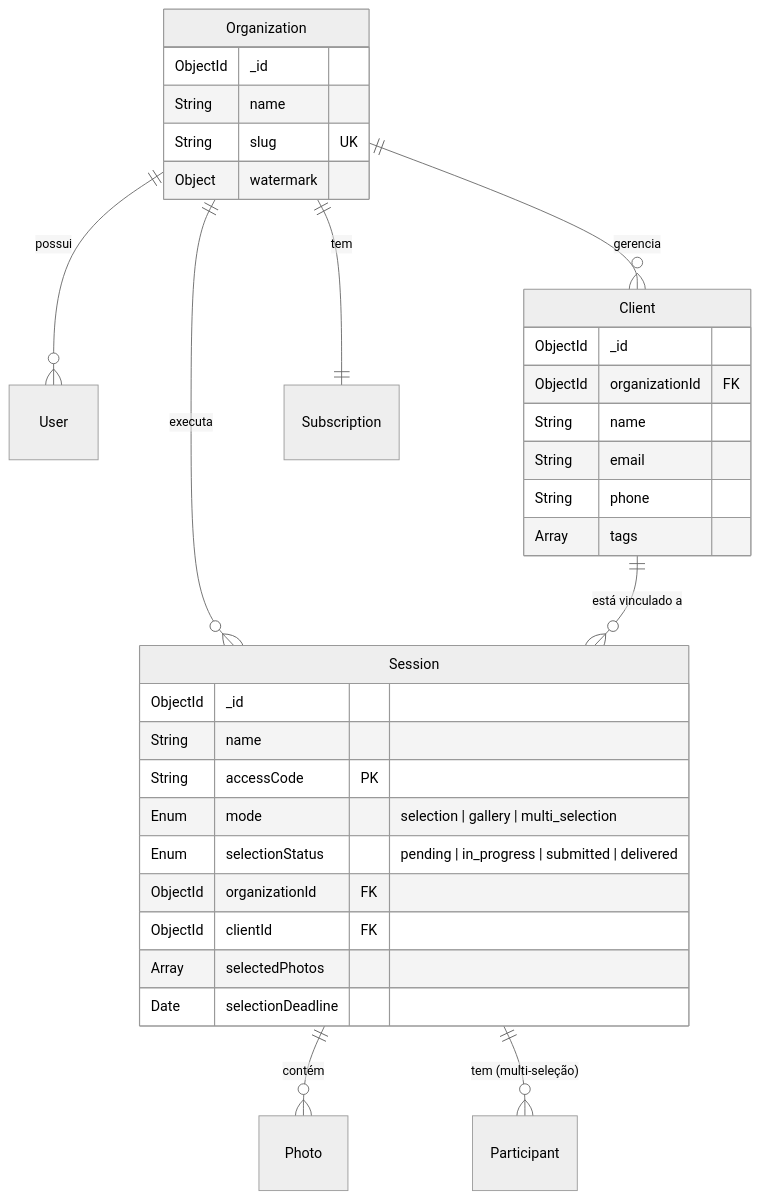
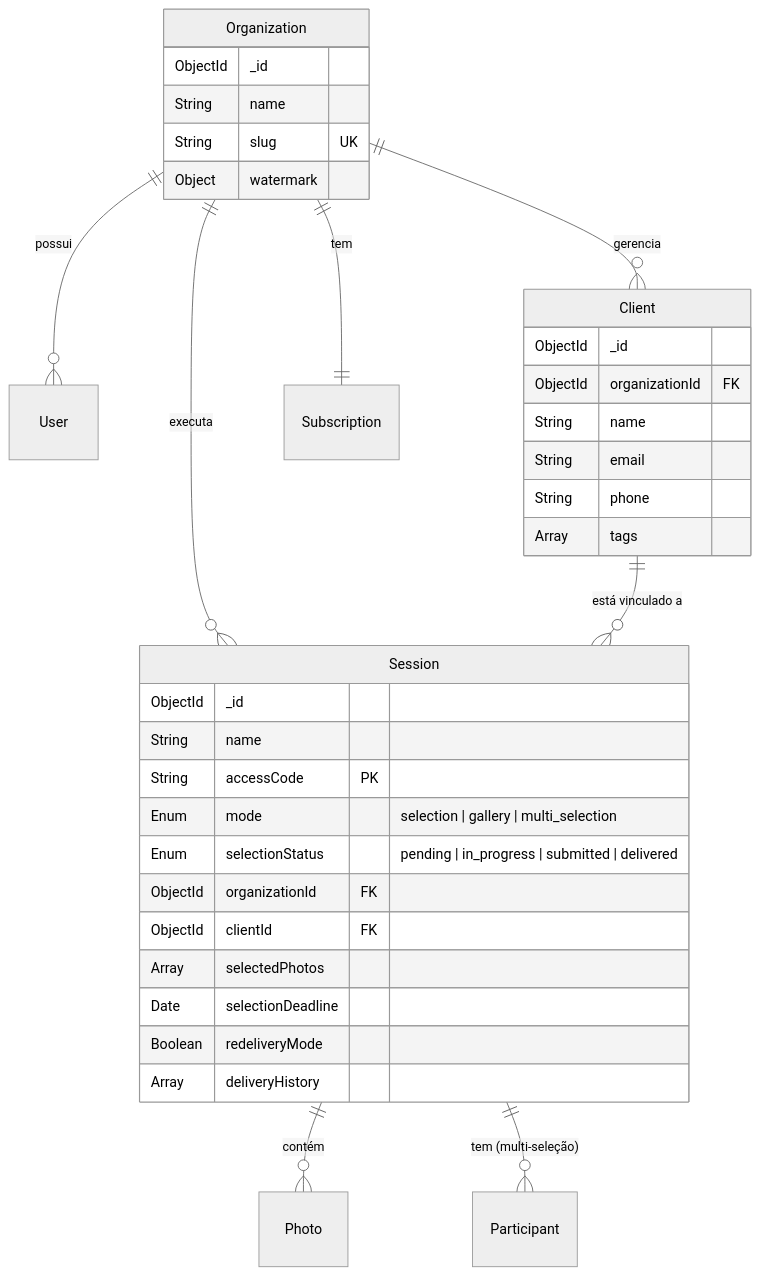
One commit to pach3c0/fs-saas changed the third of 5 diagrams in skills/2_0_sessoes-clientes.md. Above: the diagram before and after it, drawn with Mermaid (neutral theme). The commit also changed other lines of this file and 3 other files, not shown here.

````diff
--- a/skills/2_0_sessoes-clientes.md
+++ b/skills/2_0_sessoes-clientes.md
@@ -77,38 +77,40 @@
 ```mermaid
 erDiagram
     Organization ||--o{ User : "possui"
     Organization ||--o{ Client : "gerencia"
     Organization ||--o{ Session : "executa"
     Organization ||--|| Subscription : "tem"
     Client ||--o{ Session : "está vinculado a"
     Session ||--o{ Photo : "contém"
     Session ||--o{ Participant : "tem (multi-seleção)"
 
     Session {
         ObjectId _id
         String name
         String accessCode PK
         Enum mode "selection | gallery | multi_selection"
         Enum selectionStatus "pending | in_progress | submitted | delivered"
         ObjectId organizationId FK
         ObjectId clientId FK
         Array selectedPhotos
         Date selectionDeadline
+        Boolean redeliveryMode
+        Array deliveryHistory
     }
 
     Client {
         ObjectId _id
         ObjectId organizationId FK
         String name
         String email
         String phone
         Array tags
     }
 
     Organization {
         ObjectId _id
         String name
         String slug UK
         Object watermark
     }
 ```
````
